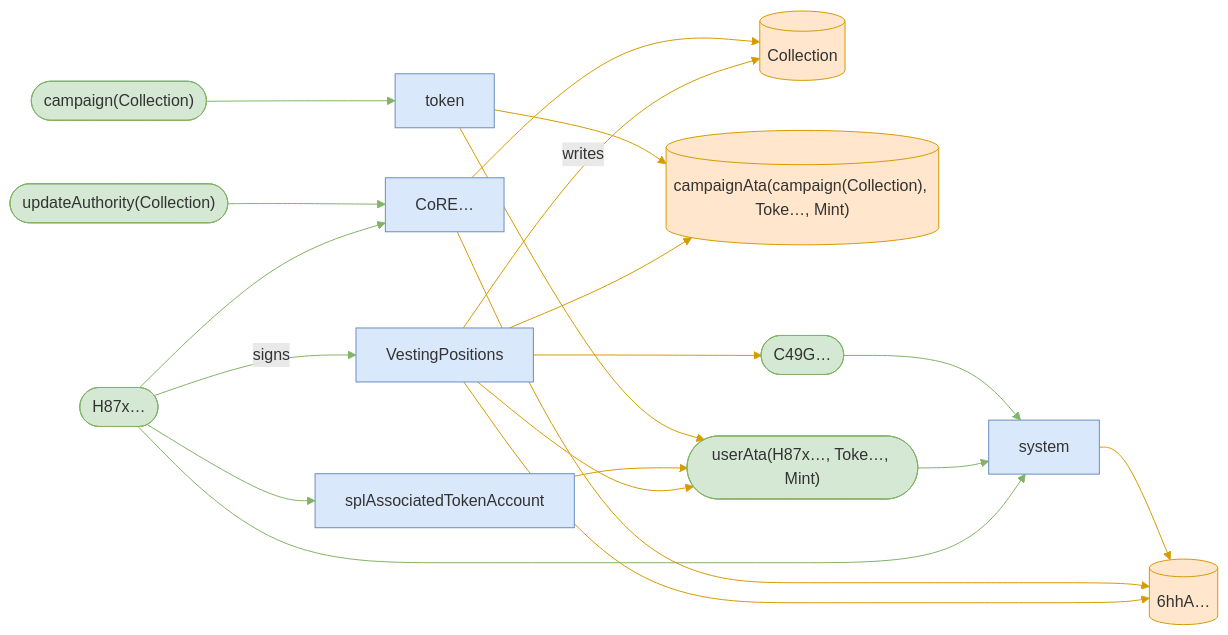
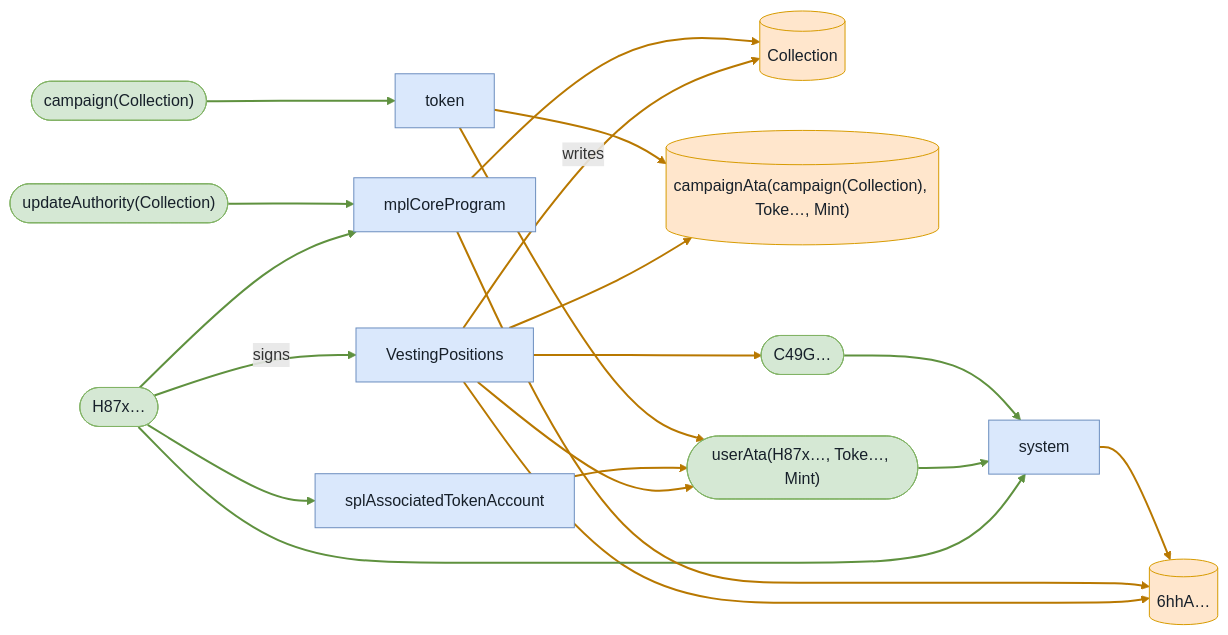
Before and after one commit to cds-turbin3/vesting-position: diagram 11 of 15 in babelfish-tests/test-report/clawback_unclaimed_succeeds_despite_buyers_zeroed_receipt.md, drawn with Mermaid. The commit also changed other lines of this file and 106 other files, not shown here.

````diff
--- a/babelfish-tests/test-report/clawback_unclaimed_succeeds_despite_buyers_zeroed_receipt.md
+++ b/babelfish-tests/test-report/clawback_unclaimed_succeeds_despite_buyers_zeroed_receipt.md
@@ -499,40 +497,40 @@
 ```mermaid
 flowchart LR
     VestingPositions["VestingPositions"]:::program
     H87x(["H87x…"]):::signer
     Collection[("Collection")]:::state
     campaignAtacampaignCollectionTokeMint[("campaignAta(campaign(Collection), Toke…, Mint)")]:::state
     userAtaH87xTokeMint(["userAta(H87x…, Toke…, Mint)"]):::signer
     n6hhA[("6hhA…")]:::state
     C49G(["C49G…"]):::signer
     splAssociatedTokenAccount["splAssociatedTokenAccount"]:::program
     token["token"]:::program
     system["system"]:::program
-    CoRE["CoRE…"]:::program
+    mplCoreProgram["mplCoreProgram"]:::program
     updateAuthorityCollection(["updateAuthority(Collection)"]):::signer
     campaignCollection(["campaign(Collection)"]):::signer
     H87x -->|signs| VestingPositions
     VestingPositions -->|writes| Collection
     VestingPositions --> campaignAtacampaignCollectionTokeMint
     VestingPositions --> userAtaH87xTokeMint
     VestingPositions --> n6hhA
     VestingPositions --> C49G
     H87x --> splAssociatedTokenAccount
     splAssociatedTokenAccount --> userAtaH87xTokeMint
     H87x --> system
     userAtaH87xTokeMint --> system
     token --> userAtaH87xTokeMint
     C49G --> system
-    CoRE --> n6hhA
-    CoRE --> Collection
-    H87x --> CoRE
-    updateAuthorityCollection --> CoRE
+    mplCoreProgram --> n6hhA
+    mplCoreProgram --> Collection
+    H87x --> mplCoreProgram
+    updateAuthorityCollection --> mplCoreProgram
     system --> n6hhA
     token --> campaignAtacampaignCollectionTokeMint
     campaignCollection --> token
-    classDef program fill:#dae8fc,stroke:#6c8ebf;
-    classDef signer fill:#d5e8d4,stroke:#82b366;
-    classDef state fill:#ffe6cc,stroke:#d79b00;
-    linkStyle 0,6,8,9,11,14,15,18 stroke:#82b366
-    linkStyle 1,2,3,4,5,7,10,12,13,16,17 stroke:#d79b00
+    classDef program fill:#dae8fc,stroke:#6c8ebf,color:#17202a;
+    classDef signer fill:#d5e8d4,stroke:#82b366,color:#17202a;
+    classDef state fill:#ffe6cc,stroke:#d79b00,color:#17202a;
+    linkStyle 0,6,8,9,11,14,15,18 stroke:#5f913f,stroke-width:2px
+    linkStyle 1,2,3,4,5,7,10,12,13,16,17 stroke:#b87800,stroke-width:2px
 ```
````
